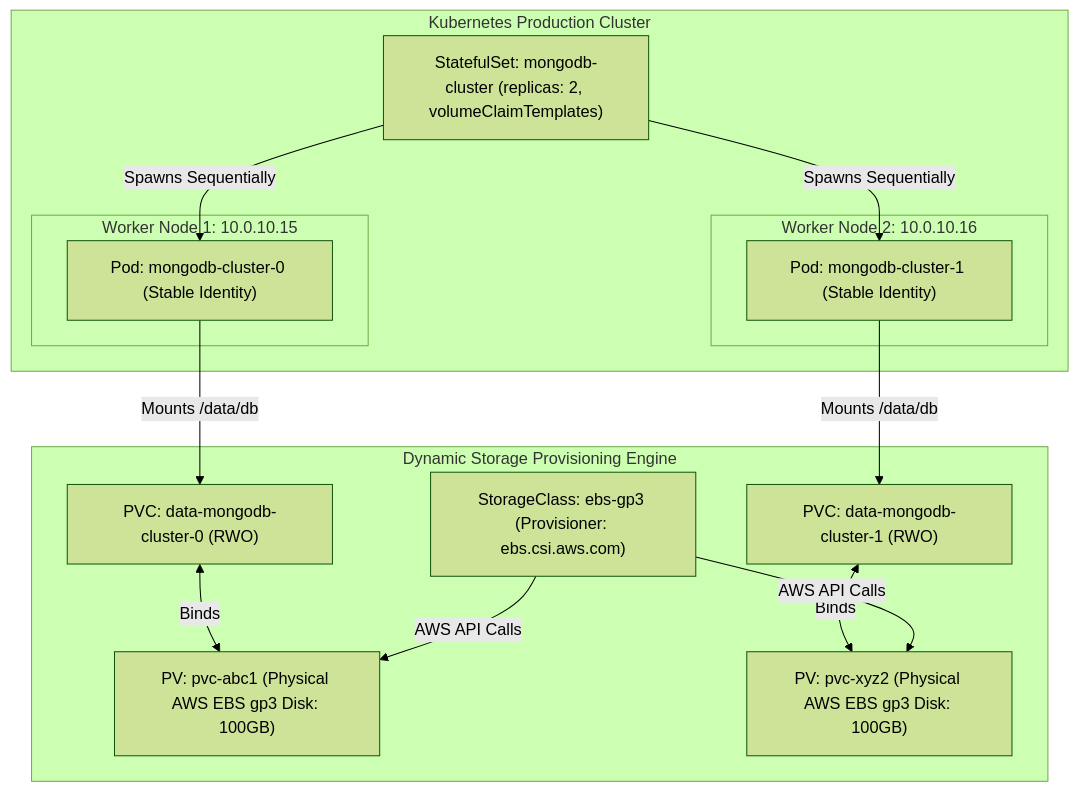
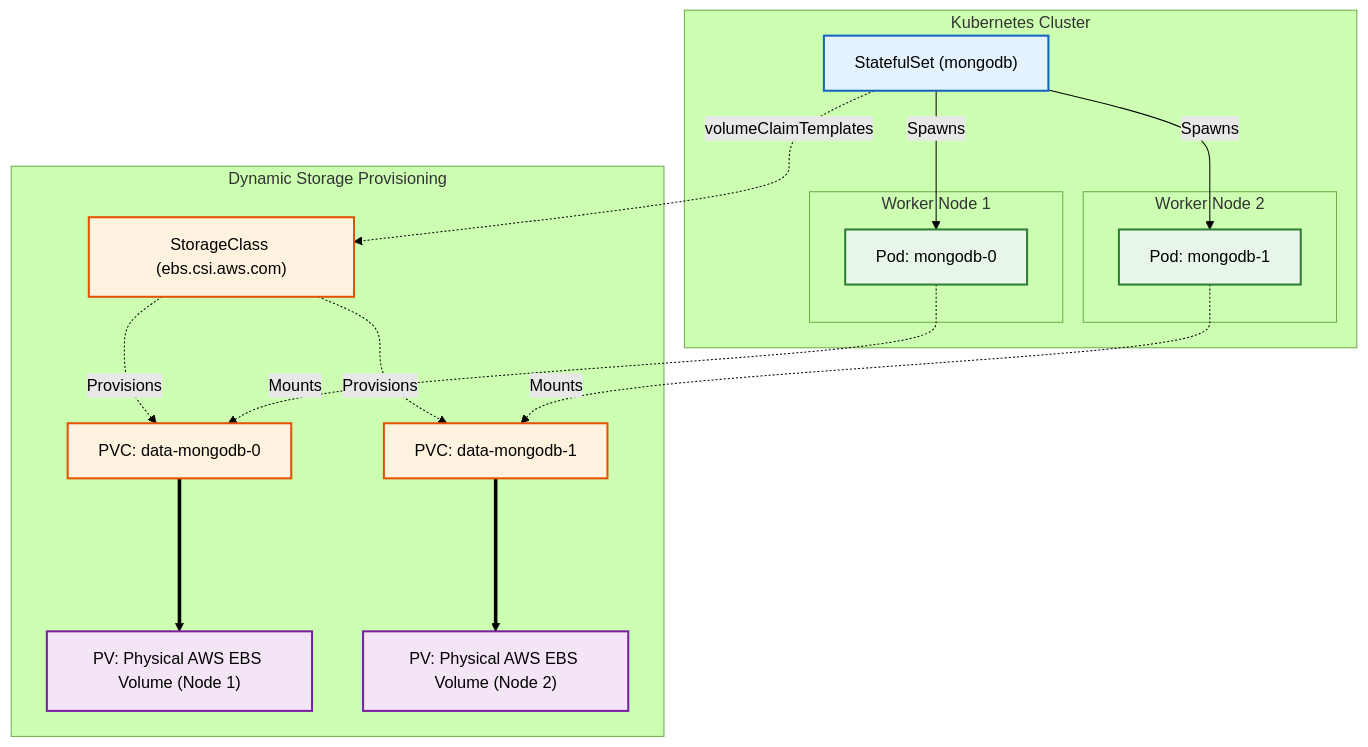
The diagram in website/pages/courses/platform-engineering/modules/module-10/lesson-04.md (aloysiuspattath/platform-engineering-ai-course), drawn with Mermaid (forest theme) before and after one commit. The commit also changed 114 other files, not shown here.

Commit message:
refactor: massive swarm diagram review enforcing architectural layers and strict color palette

````diff
--- a/website/pages/courses/platform-engineering/modules/module-10/lesson-04.md
+++ b/website/pages/courses/platform-engineering/modules/module-10/lesson-04.md
@@ -127,30 +127,47 @@
 ```mermaid
 flowchart TD
-    subgraph K8sCluster [Kubernetes Production Cluster]
-        STS["StatefulSet: mongodb-cluster (replicas: 2, volumeClaimTemplates)"]
+    classDef controller fill:#e3f2fd,stroke:#1565c0,stroke-width:2px;
+    classDef compute fill:#e8f5e9,stroke:#2e7d32,stroke-width:2px;
+    classDef storage fill:#fff3e0,stroke:#e65100,stroke-width:2px;
+    classDef hardware fill:#f3e5f5,stroke:#7b1fa2,stroke-width:2px;
+
+    subgraph K8sCluster [Kubernetes Cluster]
+        STS["StatefulSet (mongodb)"]
         
-        subgraph Node1 [Worker Node 1: 10.0.10.15]
-            POD0["Pod: mongodb-cluster-0 (Stable Identity)"]
+        subgraph Node1 [Worker Node 1]
+            POD0["Pod: mongodb-0"]
         end
 
-        subgraph Node2 [Worker Node 2: 10.0.10.16]
-            POD1["Pod: mongodb-cluster-1 (Stable Identity)"]
+        subgraph Node2 [Worker Node 2]
+            POD1["Pod: mongodb-1"]
         end
 
-        STS -->|Spawns Sequentially| POD0
-        STS -->|Spawns Sequentially| POD1
+        STS -->|Spawns| POD0
+        STS -->|Spawns| POD1
     end
 
-    subgraph StorageEngine [Dynamic Storage Provisioning Engine]
-        SC["StorageClass: ebs-gp3 (Provisioner: ebs.csi.aws.com)"]
+    subgraph StorageEngine [Dynamic Storage Provisioning]
+        SC["StorageClass (ebs.csi.aws.com)"]
         
-        PVC0["PVC: data-mongodb-cluster-0 (RWO)"] <-->|Binds| PV0["PV: pvc-abc1 (Physical AWS EBS gp3 Disk: 100GB)"]
-        PVC1["PVC: data-mongodb-cluster-1 (RWO)"] <-->|Binds| PV1["PV: pvc-xyz2 (Physical AWS EBS gp3 Disk: 100GB)"]
+        PVC0["PVC: data-mongodb-0"]
+        PV0["PV: Physical AWS EBS Volume (Node 1)"]
         
-        POD0 -->|Mounts /data/db| PVC0
-        POD1 -->|Mounts /data/db| PVC1
+        PVC1["PVC: data-mongodb-1"]
+        PV1["PV: Physical AWS EBS Volume (Node 2)"]
         
-        SC -->|AWS API Calls| PV0
-        SC -->|AWS API Calls| PV1
+        STS -.->|volumeClaimTemplates| SC
+        SC -.->|Provisions| PVC0
+        SC -.->|Provisions| PVC1
+        
+        PVC0 ====> PV0
+        PVC1 ====> PV1
     end
+    
+    POD0 -.->|Mounts| PVC0
+    POD1 -.->|Mounts| PVC1
+
+    class STS controller;
+    class POD0,POD1 compute;
+    class SC,PVC0,PVC1 storage;
+    class PV0,PV1 hardware;
 ```
````
